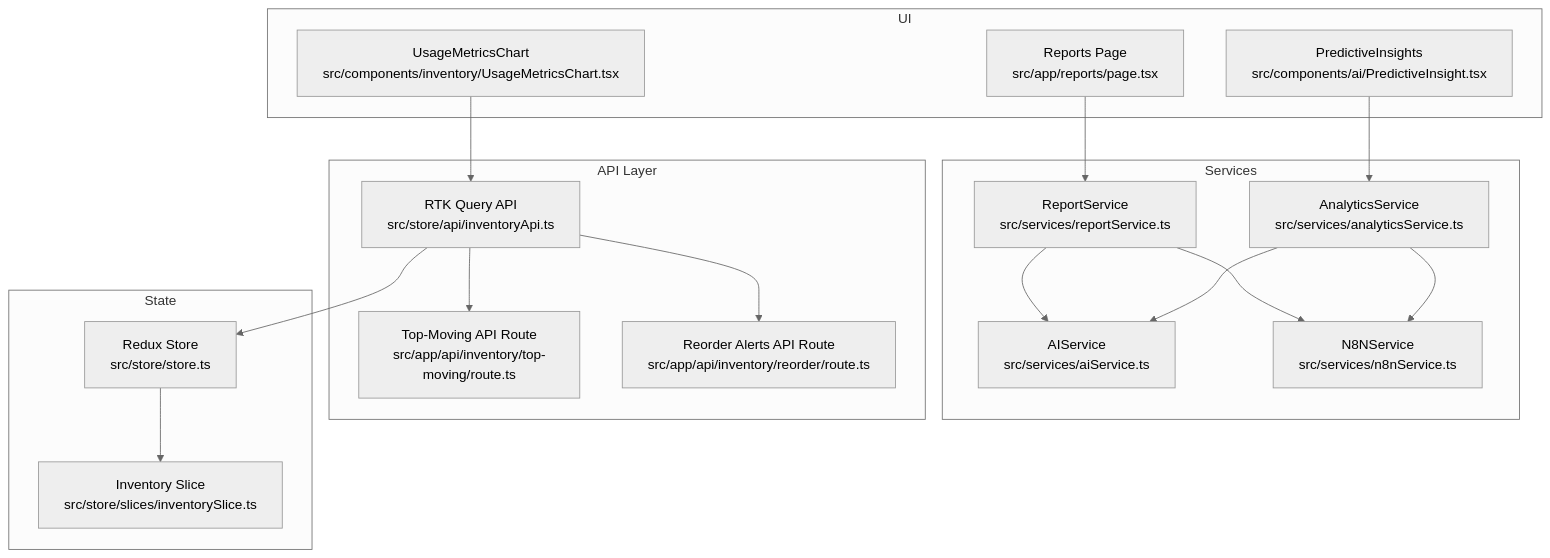
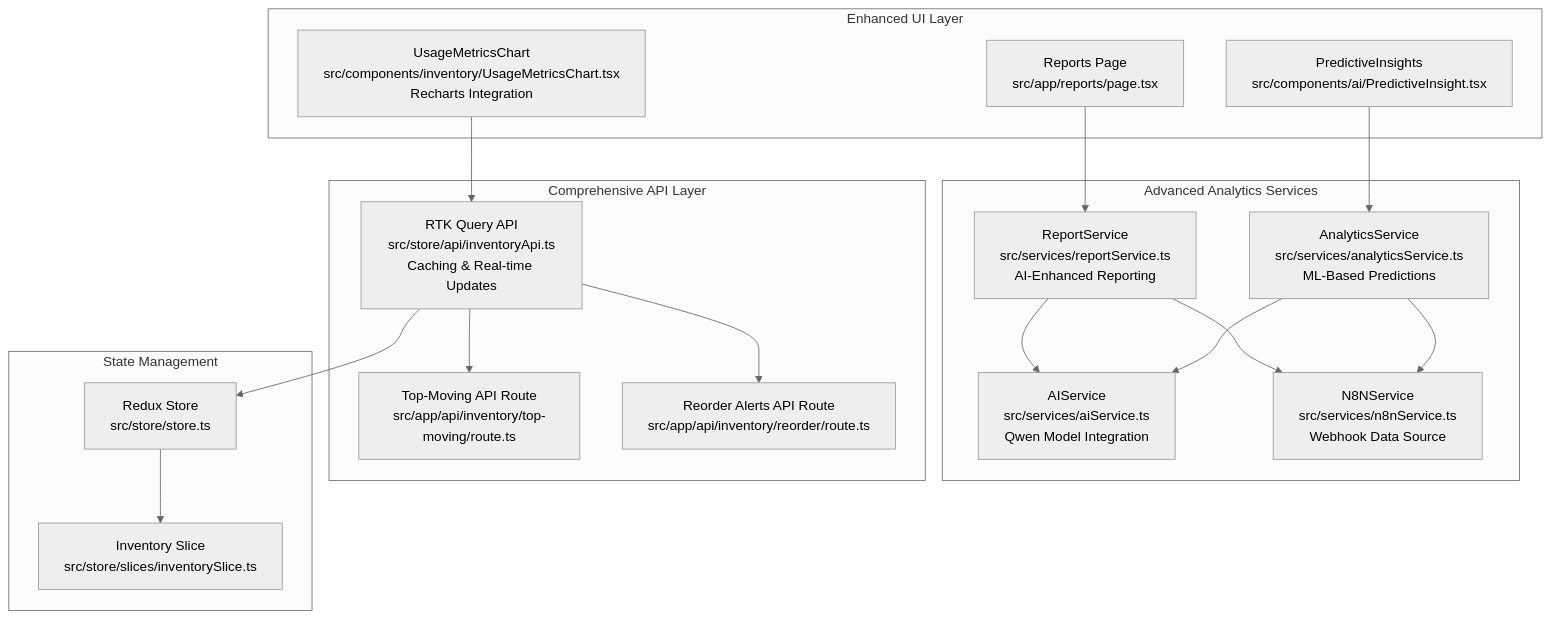
The first of 9 diagrams in .qoder/repowiki/en/content/Core Features/Reports and Analytics.md (cacamarica/dashboard-ai), drawn with Mermaid (neutral theme) before and after one commit. The commit also changed other lines of this file and 14 other files, not shown here.

````diff
--- a/.qoder/repowiki/en/content/Core Features/Reports and Analytics.md
+++ b/.qoder/repowiki/en/content/Core Features/Reports and Analytics.md
@@ -43,34 +51,34 @@
 ```mermaid
 graph TB
-subgraph "UI"
+subgraph "Enhanced UI Layer"
 RP["Reports Page<br/>src/app/reports/page.tsx"]
-UMC["UsageMetricsChart<br/>src/components/inventory/UsageMetricsChart.tsx"]
+UMC["UsageMetricsChart<br/>src/components/inventory/UsageMetricsChart.tsx<br/>Recharts Integration"]
 PI["PredictiveInsights<br/>src/components/ai/PredictiveInsight.tsx"]
 end
-subgraph "Services"
-RS["ReportService<br/>src/services/reportService.ts"]
-AS["AnalyticsService<br/>src/services/analyticsService.ts"]
-AIS["AIService<br/>src/services/aiService.ts"]
-NS["N8NService<br/>src/services/n8nService.ts"]
+subgraph "Advanced Analytics Services"
+RS["ReportService<br/>src/services/reportService.ts<br/>AI-Enhanced Reporting"]
+AS["AnalyticsService<br/>src/services/analyticsService.ts<br/>ML-Based Predictions"]
+AIS["AIService<br/>src/services/aiService.ts<br/>Qwen Model Integration"]
+NS["N8NService<br/>src/services/n8nService.ts<br/>Webhook Data Source"]
 end
-subgraph "API Layer"
-RTK["RTK Query API<br/>src/store/api/inventoryApi.ts"]
+subgraph "Comprehensive API Layer"
+RTK["RTK Query API<br/>src/store/api/inventoryApi.ts<br/>Caching & Real-time Updates"]
 TM["Top-Moving API Route<br/>src/app/api/inventory/top-moving/route.ts"]
 RA["Reorder Alerts API Route<br/>src/app/api/inventory/reorder/route.ts"]
 end
-subgraph "State"
+subgraph "State Management"
 STORE["Redux Store<br/>src/store/store.ts"]
 IS["Inventory Slice<br/>src/store/slices/inventorySlice.ts"]
 end
 RP --> RS
 UMC --> RTK
 PI --> AS
 RS --> AIS
 AS --> AIS
 RS --> NS
 AS --> NS
 RTK --> TM
 RTK --> RA
 STORE --> IS
 RTK --> STORE
 ```
````
